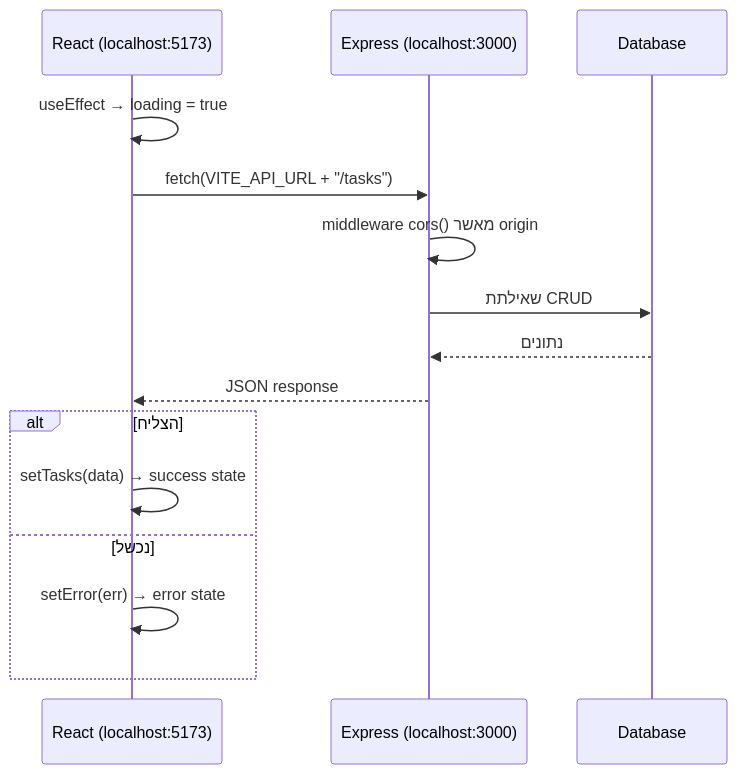
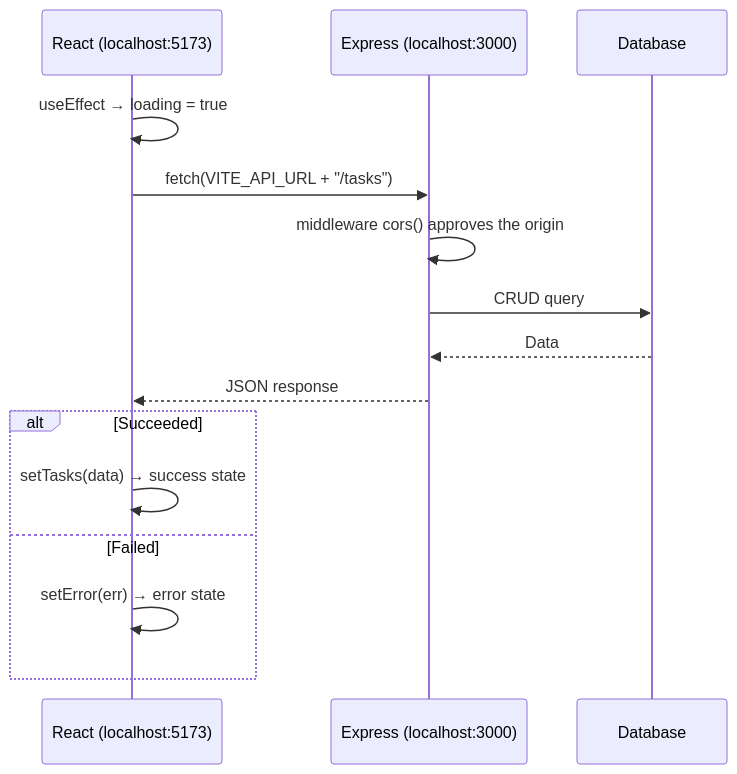
One commit to neriyaMalachi/FullStack_kodkode_5 changed the diagram in content/docs/react/101-react-backend-integration-content.md. Above: the diagram before and after it, drawn with Mermaid. The commit also changed other lines of this file and 117 other files, not shown here.

````diff
--- a/content/docs/react/101-react-backend-integration-content.md
+++ b/content/docs/react/101-react-backend-integration-content.md
@@ -48,18 +48,18 @@
 ```mermaid
 sequenceDiagram
     participant R as React (localhost:5173)
     participant E as Express (localhost:3000)
     participant DB as Database
 
     R->>R: useEffect → loading = true
     R->>E: fetch(VITE_API_URL + "/tasks")
-    E->>E: middleware cors() מאשר origin
-    E->>DB: שאילתת CRUD
-    DB-->>E: נתונים
+    E->>E: middleware cors() approves the origin
+    E->>DB: CRUD query
+    DB-->>E: Data
     E-->>R: JSON response
-    alt הצליח
+    alt Succeeded
         R->>R: setTasks(data) → success state
-    else נכשל
+    else Failed
         R->>R: setError(err) → error state
     end
 ```
````
